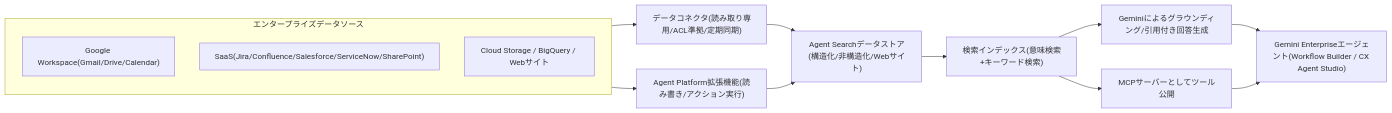
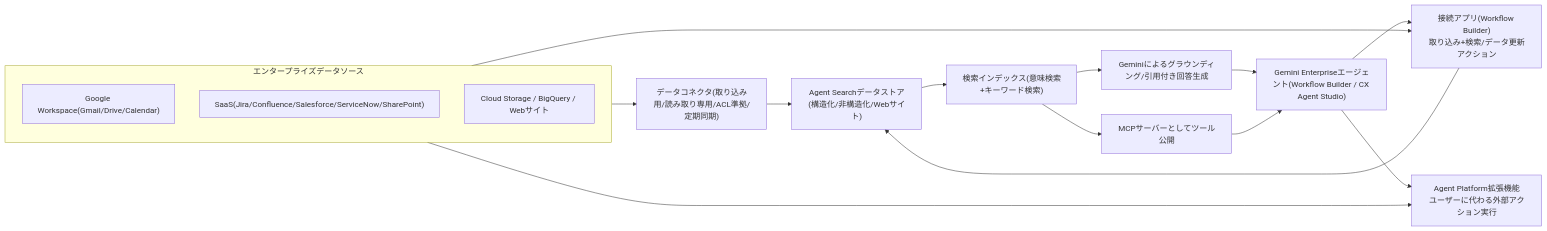
One commit to myoshi2891/Cloud-Infrastructure-Studies changed the sixth of 7 diagrams in Professional-agentic-architect-section1.md. Above: the diagram before and after it, drawn with Mermaid. The commit also changed other lines of this file and 2 other files, not shown here.

Commit message:
docs(agentic-architect): clarify observability, egress rules, and checklist for agentic architect guides

````diff
--- a/Professional-agentic-architect-section1.md
+++ b/Professional-agentic-architect-section1.md
@@ -299,17 +299,20 @@
 ```mermaid
 flowchart LR
     subgraph Sources["エンタープライズデータソース"]
         S1["Google Workspace(Gmail/Drive/Calendar)"]
         S2["SaaS(Jira/Confluence/Salesforce/ServiceNow/SharePoint)"]
         S3["Cloud Storage / BigQuery / Webサイト"]
     end
-    Sources --> Conn["データコネクタ(読み取り専用/ACL準拠/定期同期)"]
-    Sources --> Ext["Agent Platform拡張機能(読み書き/アクション実行)"]
+    Sources --> Conn["データコネクタ(取り込み用/読み取り専用/ACL準拠/定期同期)"]
+    Sources --> ConnApp["接続アプリ(Workflow Builder)<br/>取り込み+検索/データ更新アクション"]
+    Sources --> Ext["Agent Platform拡張機能<br/>ユーザーに代わる外部アクション実行"]
     Conn --> DS["Agent Searchデータストア(構造化/非構造化/Webサイト)"]
-    Ext --> DS
+    ConnApp --> DS
     DS --> Index["検索インデックス(意味検索+キーワード検索)"]
     Index --> Ground["Geminiによるグラウンディング/引用付き回答生成"]
     Ground --> Agent["Gemini Enterpriseエージェント(Workflow Builder / CX Agent Studio)"]
     Index --> MCP["MCPサーバーとしてツール公開"]
     MCP --> Agent
+    Agent --> ConnApp
+    Agent --> Ext
 ```
````
